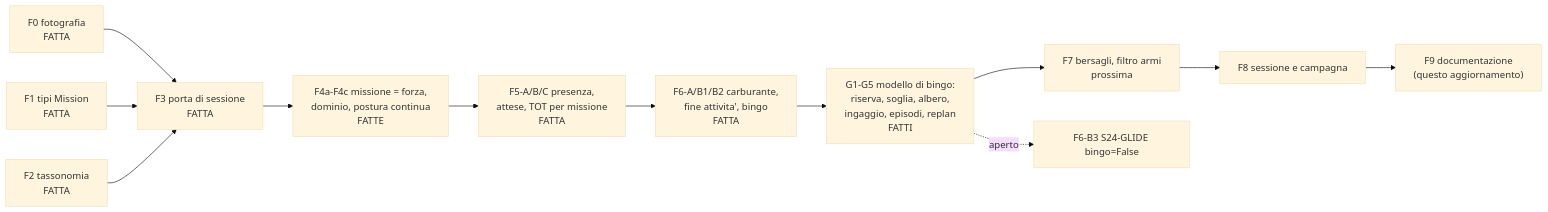
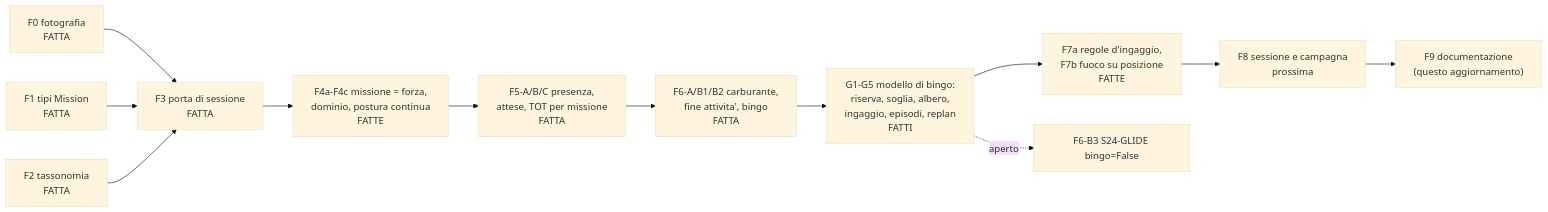
Before and after one commit to MakusIV/Warfare-Model: the diagram in Analysis/Document/Manuale_Motore_DES/10_Limiti_Estensioni_Divergenze.md, drawn with Mermaid (base theme). The commit also changed other lines of this file and 9 other files, not shown here.

Commit message:
Manuale DES aggiornato a dcedc541: F7a (regole d'ingaggio di missione), correzione A-10C, F7b (fuoco su posizione, Area_Fire, AREA_FIRE_EVENT), S28/S29, fotografia 982, §9.6 voci 14-18 e 12 chiuse, nuove voci 22-23

````diff
--- a/Analysis/Document/Manuale_Motore_DES/10_Limiti_Estensioni_Divergenze.md
+++ b/Analysis/Document/Manuale_Motore_DES/10_Limiti_Estensioni_Divergenze.md
@@ -656,14 +722,14 @@
 ```mermaid
 flowchart LR
     F0["F0 fotografia<br/>FATTA"] --> F3["F3 porta di sessione<br/>FATTA"]
     F1["F1 tipi Mission<br/>FATTA"] --> F3
     F2["F2 tassonomia<br/>FATTA"] --> F3
     F3 --> F4["F4a-F4c missione = forza,<br/>dominio, postura continua<br/>FATTE"]
     F4 --> F5["F5-A/B/C presenza,<br/>attese, TOT per missione<br/>FATTA"]
     F5 --> F6["F6-A/B1/B2 carburante,<br/>fine attivita', bingo<br/>FATTA"]
     F6 --> G["G1-G5 modello di bingo:<br/>riserva, soglia, albero,<br/>ingaggio, episodi, replan<br/>FATTI"]
-    G --> F7["F7 bersagli, filtro armi<br/>prossima"]
-    F7 --> F8["F8 sessione e campagna"]
+    G --> F7["F7a regole d'ingaggio,<br/>F7b fuoco su posizione<br/>FATTE"]
+    F7 --> F8["F8 sessione e campagna<br/>prossima"]
     F8 --> F9["F9 documentazione<br/>(questo aggiornamento)"]
     G -.->|"aperto"| F6B3["F6-B3 S24-GLIDE bingo=False"]
 ```
````
